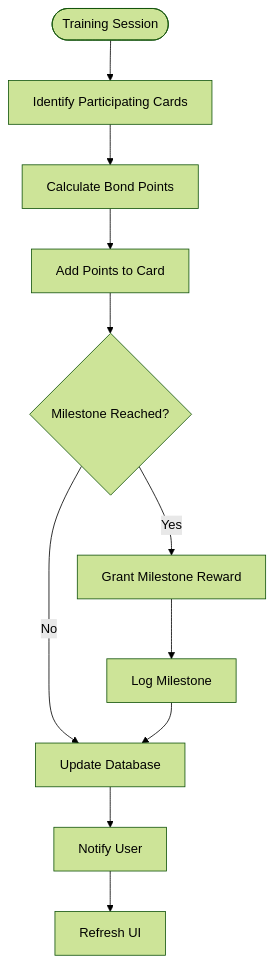
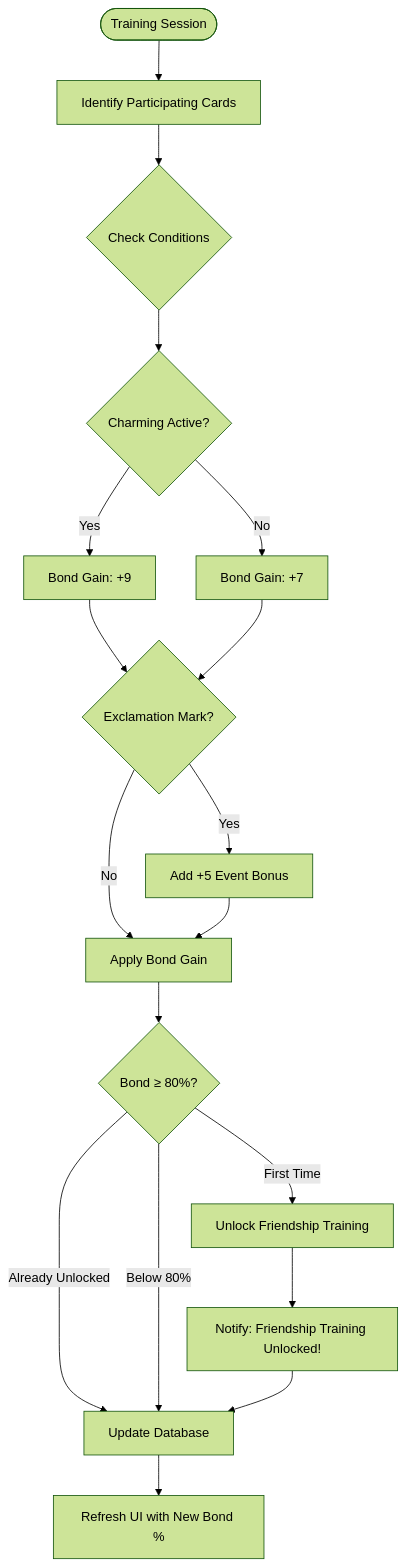
One commit to exatfrds67/umamusume-career-planner changed the third of 4 diagrams in docs/01-wireframes/WF-010_Support_Card_Collection.md. Above: the diagram before and after it, drawn with Mermaid (forest theme). The commit also changed other lines of this file and 313 other files, not shown here.

````diff
--- a/docs/01-wireframes/WF-010_Support_Card_Collection.md
+++ b/docs/01-wireframes/WF-010_Support_Card_Collection.md
@@ -829,13 +1026,20 @@
 ```mermaid
 flowchart TD
     Training([Training Session]) --> Identify[Identify Participating Cards]
-    Identify --> CalculateBond[Calculate Bond Points]
-    CalculateBond --> AddPoints[Add Points to Card]
-    AddPoints --> CheckMilestone{Milestone Reached?}
-    CheckMilestone -->|No| UpdateDB[Update Database]
-    CheckMilestone -->|Yes| GrantReward[Grant Milestone Reward]
-    GrantReward --> LogMilestone[Log Milestone]
-    LogMilestone --> UpdateDB
-    UpdateDB --> Notify[Notify User]
-    Notify --> RefreshUI[Refresh UI]
+    Identify --> CheckConditions{Check Conditions}
+    CheckConditions --> HasCharming{Charming Active?}
+    HasCharming -->|Yes| CharmingGain[Bond Gain: +9]
+    HasCharming -->|No| BaseGain[Bond Gain: +7]
+    CharmingGain --> CheckEvent{Exclamation Mark?}
+    BaseGain --> CheckEvent
+    CheckEvent -->|Yes| AddEventBonus[Add +5 Event Bonus]
+    CheckEvent -->|No| ApplyGain[Apply Bond Gain]
+    AddEventBonus --> ApplyGain
+    ApplyGain --> CheckThreshold{Bond ≥ 80%?}
+    CheckThreshold -->|First Time| UnlockFriendship[Unlock Friendship Training]
+    CheckThreshold -->|Already Unlocked| UpdateDB[Update Database]
+    CheckThreshold -->|Below 80%| UpdateDB
+    UnlockFriendship --> NotifyUser[Notify: Friendship Training Unlocked!]
+    NotifyUser --> UpdateDB
+    UpdateDB --> RefreshUI[Refresh UI with New Bond %]
 ```
````
